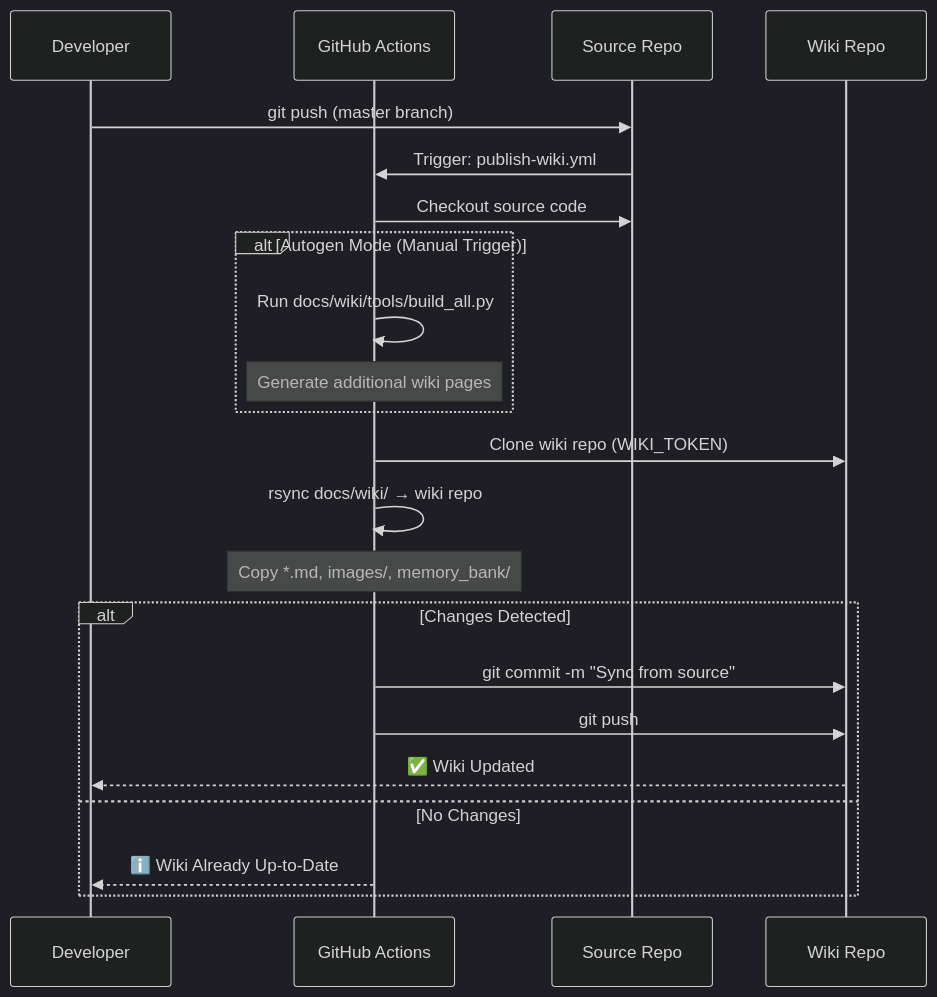
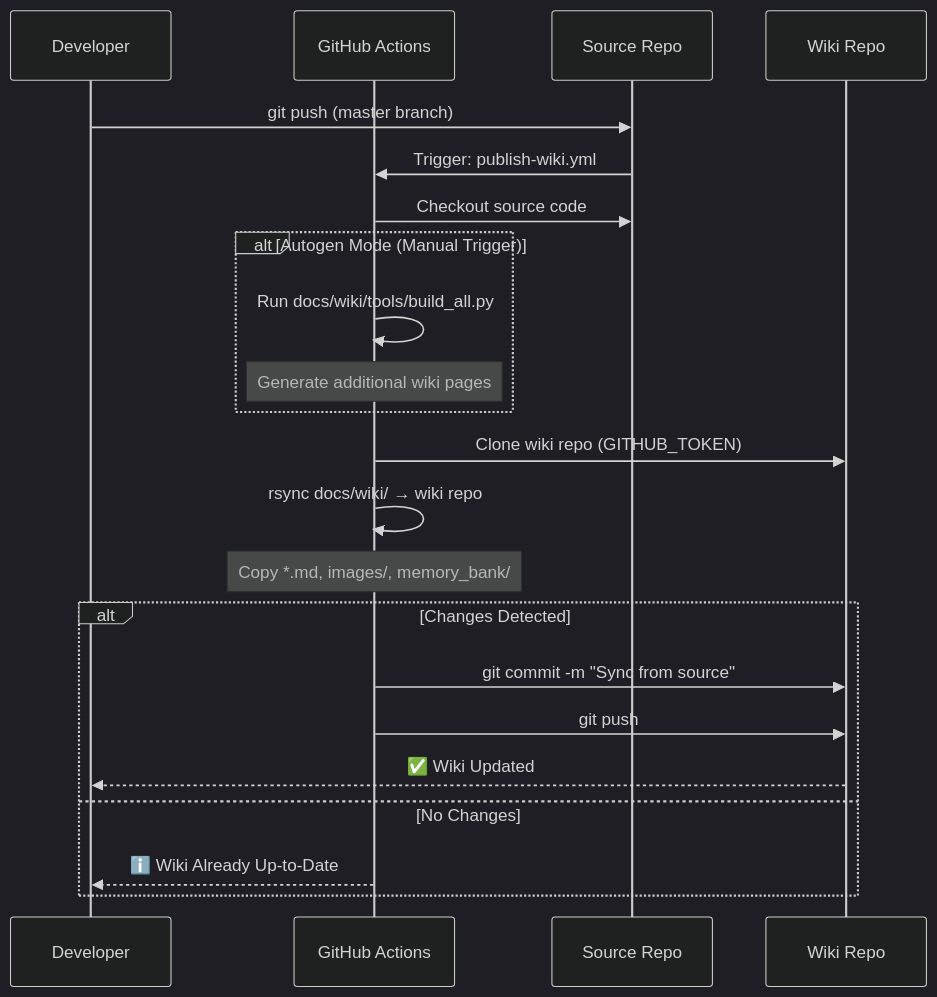
The second of 5 diagrams in docs/wiki/15-CI-CD-and-GitHub-Actions.md (seadogger-tech/seadogger-homelab), drawn with Mermaid (dark theme) before and after one commit. The commit also changed other lines of this file and 5 other files, not shown here.

````diff
--- a/docs/wiki/15-CI-CD-and-GitHub-Actions.md
+++ b/docs/wiki/15-CI-CD-and-GitHub-Actions.md
@@ -118,28 +118,28 @@
 ```mermaid
 sequenceDiagram
     participant Dev as Developer
     participant GH as GitHub Actions
     participant Source as Source Repo
     participant Wiki as Wiki Repo
 
     Dev->>Source: git push (master branch)
     Source->>GH: Trigger: publish-wiki.yml
     GH->>Source: Checkout source code
 
     alt Autogen Mode (Manual Trigger)
         GH->>GH: Run docs/wiki/tools/build_all.py
         Note over GH: Generate additional wiki pages
     end
 
-    GH->>Wiki: Clone wiki repo (WIKI_TOKEN)
+    GH->>Wiki: Clone wiki repo (GITHUB_TOKEN)
     GH->>GH: rsync docs/wiki/ → wiki repo
     Note over GH: Copy *.md, images/, memory_bank/
 
     alt Changes Detected
         GH->>Wiki: git commit -m "Sync from source"
         GH->>Wiki: git push
         Wiki-->>Dev: ✅ Wiki Updated
     else No Changes
         GH-->>Dev: ℹ️ Wiki Already Up-to-Date
     end
 ```
````
